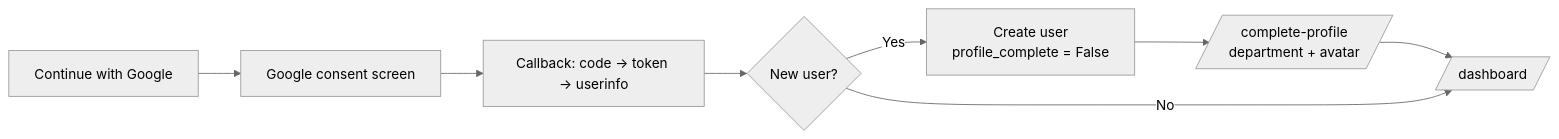
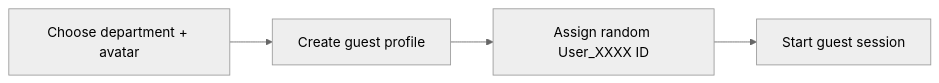
One commit to Maheshranjanpatra/AcademX changed the first of 2 diagrams in README.md. Above: the diagram before and after it, drawn with Mermaid (neutral theme). The commit also changed other lines of this file and 37 other files, not shown here.

````diff
--- a/README.md
+++ b/README.md
@@ -291,10 +294,6 @@
 ```mermaid
 flowchart LR
-    A[Continue with Google] --> B[Google consent screen]
-    B --> C[Callback: code → token → userinfo]
-    C --> D{New user?}
-    D -- Yes --> E[Create user<br/>profile_complete = False]
-    E --> F[/complete-profile<br/>department + avatar/]
-    F --> G[/dashboard/]
-    D -- No --> G
+    A[Choose department + avatar] --> B[Create guest profile]
+    B --> C[Assign random User_XXXX ID]
+    C --> D[Start guest session]
 ```
````
